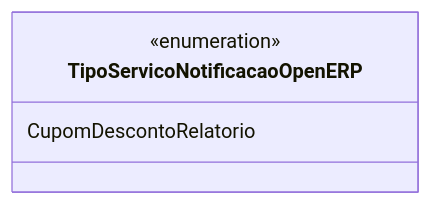
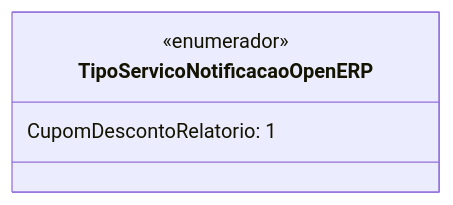
One commit to IsthmusSistemas/documentacao-tecnica changed the diagram in docs/b2b-dominio/IsthmusWinthor.Nucleo/IsthmusWinthor.Dominio/Enumeradores/TipoServicoNotificacaoOpenERP.md. Above: the diagram before and after it, drawn with Mermaid. The commit also changed other lines of this file and 882 other files, not shown here.

````diff
--- a/docs/b2b-dominio/IsthmusWinthor.Nucleo/IsthmusWinthor.Dominio/Enumeradores/TipoServicoNotificacaoOpenERP.md
+++ b/docs/b2b-dominio/IsthmusWinthor.Nucleo/IsthmusWinthor.Dominio/Enumeradores/TipoServicoNotificacaoOpenERP.md
@@ -12,7 +12,7 @@
 ```mermaid
 classDiagram
     class TipoServicoNotificacaoOpenERP {
-        <<enumeration>>
-        CupomDescontoRelatorio
+        <<enumerador>>
+        CupomDescontoRelatorio: 1
     }
 ```
````
